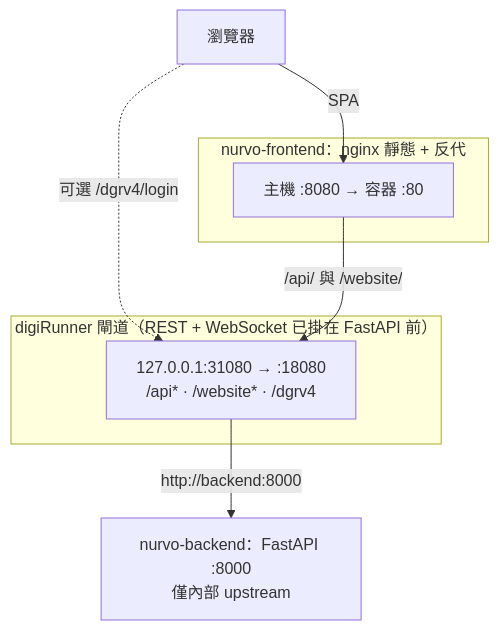
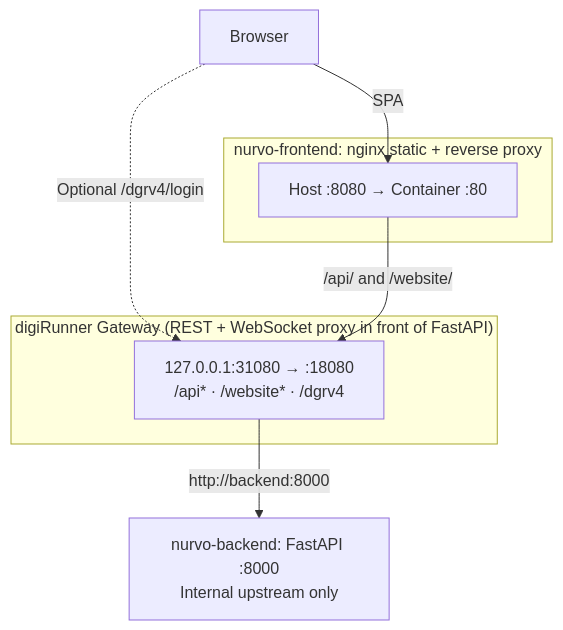
Before and after one commit to curtis618/Nurvo: the diagram in README.md, drawn with Mermaid. The commit also changed other lines of this file and 1 other file, not shown here.

````diff
--- a/README.md
+++ b/README.md
@@ -9,19 +11,19 @@
 ```mermaid
 flowchart TB
-  U["瀏覽器"]
+  U["Browser"]
 
-  subgraph fe["nurvo-frontend：nginx 靜態 + 反代"]
-    FE["主機 :8080 → 容器 :80"]
+  subgraph fe["nurvo-frontend: nginx static + reverse proxy"]
+    FE["Host :8080 → Container :80"]
   end
 
-  subgraph gw["digiRunner 閘道（REST + WebSocket 已掛在 FastAPI 前）"]
+  subgraph gw["digiRunner Gateway (REST + WebSocket proxy in front of FastAPI)"]
     DR["127.0.0.1:31080 → :18080<br/>/api* · /website* · /dgrv4"]
   end
 
-  API["nurvo-backend：FastAPI :8000<br/>僅內部 upstream"]
+  API["nurvo-backend: FastAPI :8000<br/>Internal upstream only"]
 
   U -->|SPA| FE
-  U -.->|可選 /dgrv4/login| DR
-  FE -->|/api/ 與 /website/| DR
+  U -.->|Optional /dgrv4/login| DR
+  FE -->|/api/ and /website/| DR
   DR -->|http://backend:8000| API
 ```
````
